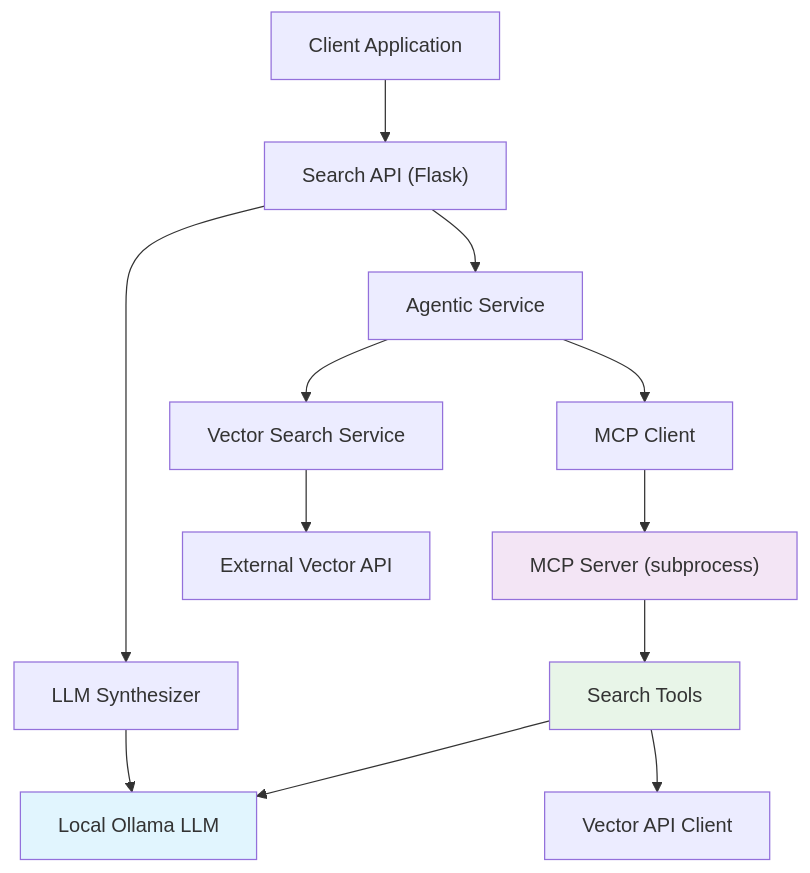
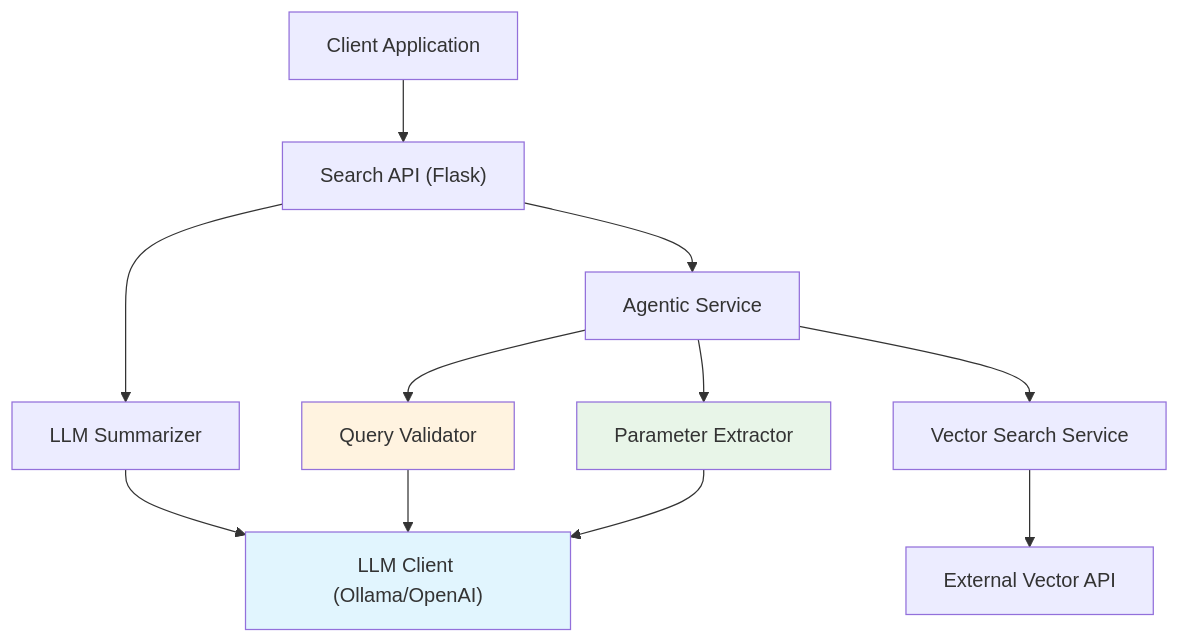
Before and after one commit to bcgov/EPIC.search: the first of 3 diagrams in search-api/DOCUMENTATION.md, drawn with Mermaid. The commit also changed other lines of this file and 54 other files, not shown here.

Commit message:
switch back to basic LLM integration and logic over MCP

````diff
--- a/search-api/DOCUMENTATION.md
+++ b/search-api/DOCUMENTATION.md
@@ -46,18 +50,17 @@
 ```mermaid
 flowchart TD
     Client["Client Application"] --> SearchAPI["Search API (Flask)"]
     SearchAPI --> AgenticService["Agentic Service"]
-    AgenticService --> MCPClient["MCP Client"]
-    MCPClient --> MCPServer["MCP Server (subprocess)"]
-    MCPServer --> SearchTools["Search Tools"]
-    SearchTools --> Ollama["Local Ollama LLM"]
-    SearchTools --> VectorClient["Vector API Client"]
+    AgenticService --> ParameterExtractor["Parameter Extractor"]
+    AgenticService --> QueryValidator["Query Validator"]
+    ParameterExtractor --> LLMClient["LLM Client (Ollama/OpenAI)"]
+    QueryValidator --> LLMClient
     AgenticService --> VectorSearch["Vector Search Service"]
-    SearchAPI --> Synthesizer["LLM Synthesizer"]
-    Synthesizer --> Ollama
+    SearchAPI --> Summarizer["LLM Summarizer"]
+    Summarizer --> LLMClient
     VectorSearch --> ExternalVector["External Vector API"]
     
-    style Ollama fill:#e1f5fe
-    style MCPServer fill:#f3e5f5
-    style SearchTools fill:#e8f5e8
+    style LLMClient fill:#e1f5fe
+    style ParameterExtractor fill:#e8f5e8
+    style QueryValidator fill:#fff3e0
 ```
````
